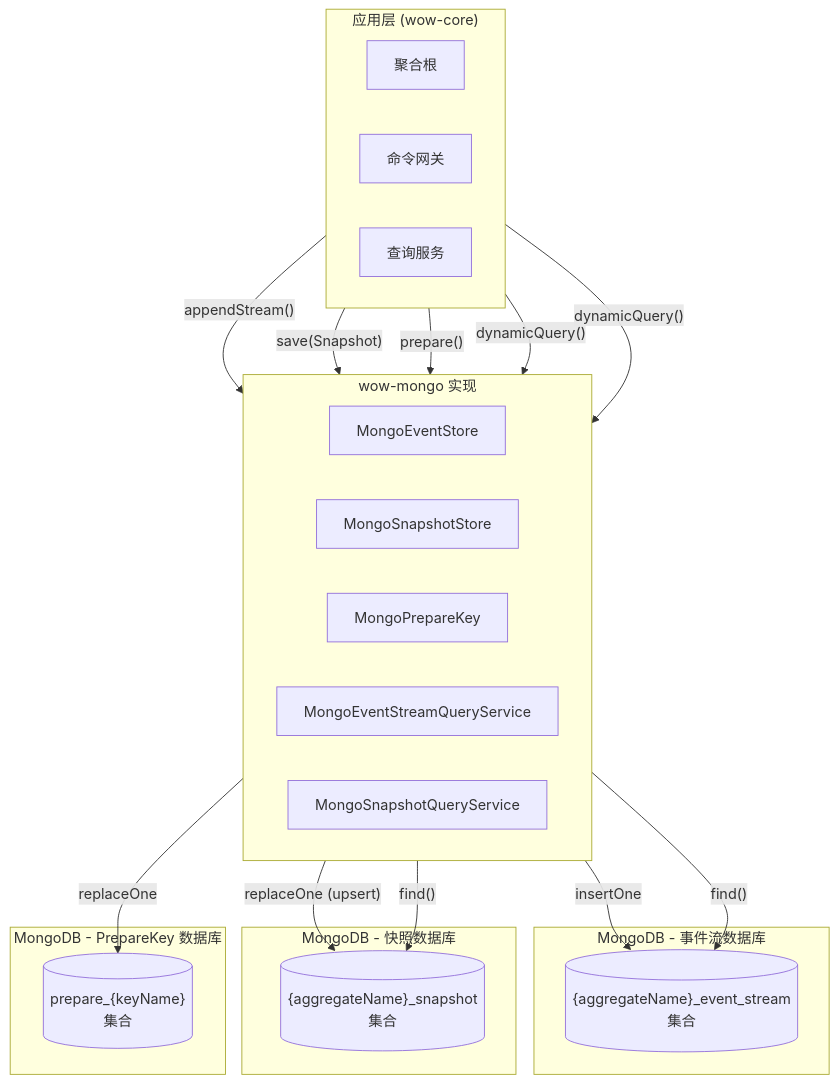
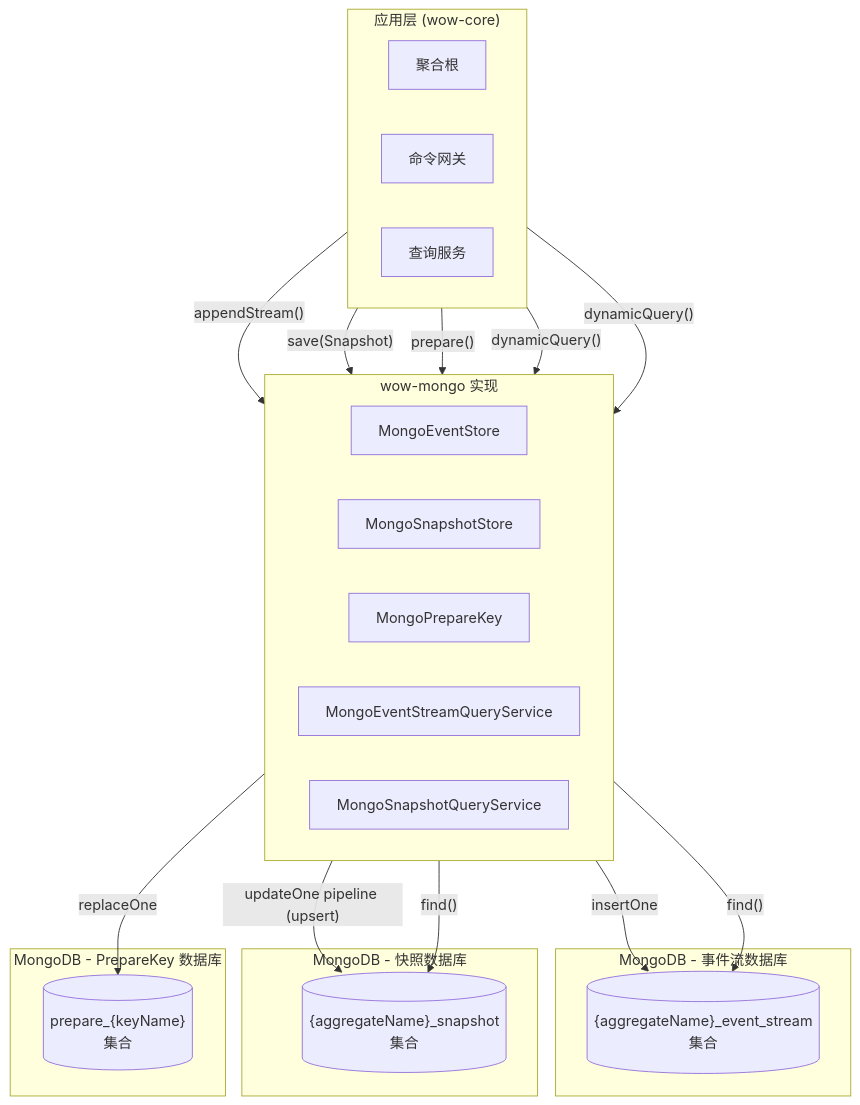
The first of 3 diagrams in documentation/docs/zh/guide/extensions/mongo.md (Ahoo-Wang/Wow), drawn with Mermaid before and after one commit. The commit also changed other lines of this file and 28 other files, not shown here.

````diff
--- a/documentation/docs/zh/guide/extensions/mongo.md
+++ b/documentation/docs/zh/guide/extensions/mongo.md
@@ -20,41 +20,41 @@
 ```mermaid
 graph TB
     subgraph App["应用层 (wow-core)"]
         direction LR
         AR["聚合根"]
         CM["命令网关"]
         QS["查询服务"]
     end
 
     subgraph MongoEvent["MongoDB - 事件流数据库"]
         ESColl[("{aggregateName}_event_stream<br>集合")]
     end
 
     subgraph MongoSnap["MongoDB - 快照数据库"]
         SSCol[("{aggregateName}_snapshot<br>集合")]
     end
 
     subgraph MongoPrep["MongoDB - PrepareKey 数据库"]
         PKCol[("prepare_{keyName}<br>集合")]
     end
 
     subgraph Impl["wow-mongo 实现"]
         direction LR
         MES["MongoEventStore"]
         MSR["MongoSnapshotStore"]
         MPK["MongoPrepareKey"]
         MESQ["MongoEventStreamQueryService"]
         MSQS["MongoSnapshotQueryService"]
     end
 
     AR -->|"appendStream()"| MES
     MES -->|"insertOne"| ESColl
     AR -->|"save(Snapshot)"| MSR
-    MSR -->|"replaceOne (upsert)"| SSCol
+    MSR -->|"updateOne pipeline (upsert)"| SSCol
     CM -->|"prepare()"| MPK
     MPK -->|"replaceOne"| PKCol
     QS -->|"dynamicQuery()"| MESQ
     MESQ -->|"find()"| ESColl
     QS -->|"dynamicQuery()"| MSQS
     MSQS -->|"find()"| SSCol
 ```
````
